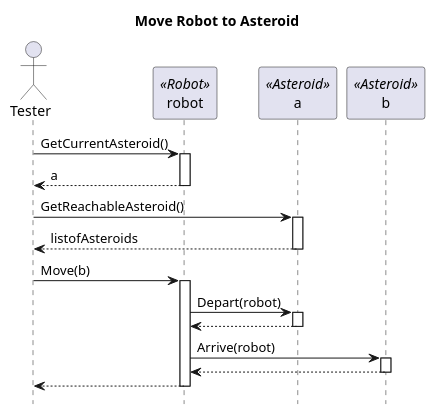
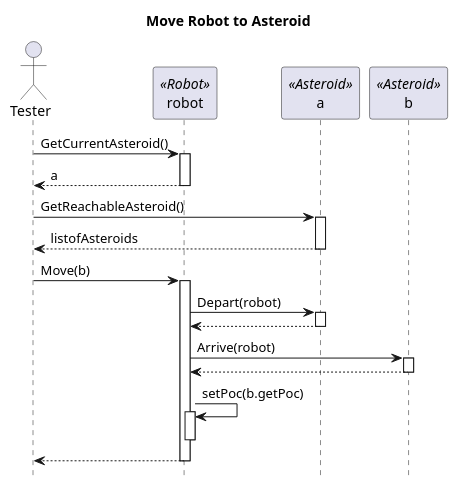
Before and after one commit to viseguard-studios/Documentation: the diagram in docs/Skeleton/diagrams/Move/Move-robot-to-asteroid.puml, drawn with PlantUML. The commit also changed 4 other files, not shown here.

```diff
--- a/docs/Skeleton/diagrams/Move/Move-robot-to-asteroid.puml
+++ b/docs/Skeleton/diagrams/Move/Move-robot-to-asteroid.puml
@@ -1,39 +1,43 @@
 @startuml
 hide footbox
 title Move Robot to Asteroid
 
 
 actor Tester as Tester
 
 
 participant robot as robot <<Robot>>
 
 participant a as a <<Asteroid>>
 participant b as b <<Asteroid>>
 
 Tester -> robot ++ : GetCurrentAsteroid()
 robot --> Tester: a
 deactivate robot
 
 Tester -> a ++: GetReachableAsteroid()
 
 
 a --> Tester : listofAsteroids
 deactivate a
 
 Tester -> robot : Move(b)
 activate robot
 
 robot -> a ++: Depart(robot)
 a --> robot
 deactivate a
 
 robot -> b ++ : Arrive(robot)
 
 b --> robot
 deactivate b
 
+robot -> robot :setPoc(b.getPoc)
+activate robot
+deactivate robot
+
 robot --> Tester
 deactivate robot
 
 @enduml
```
